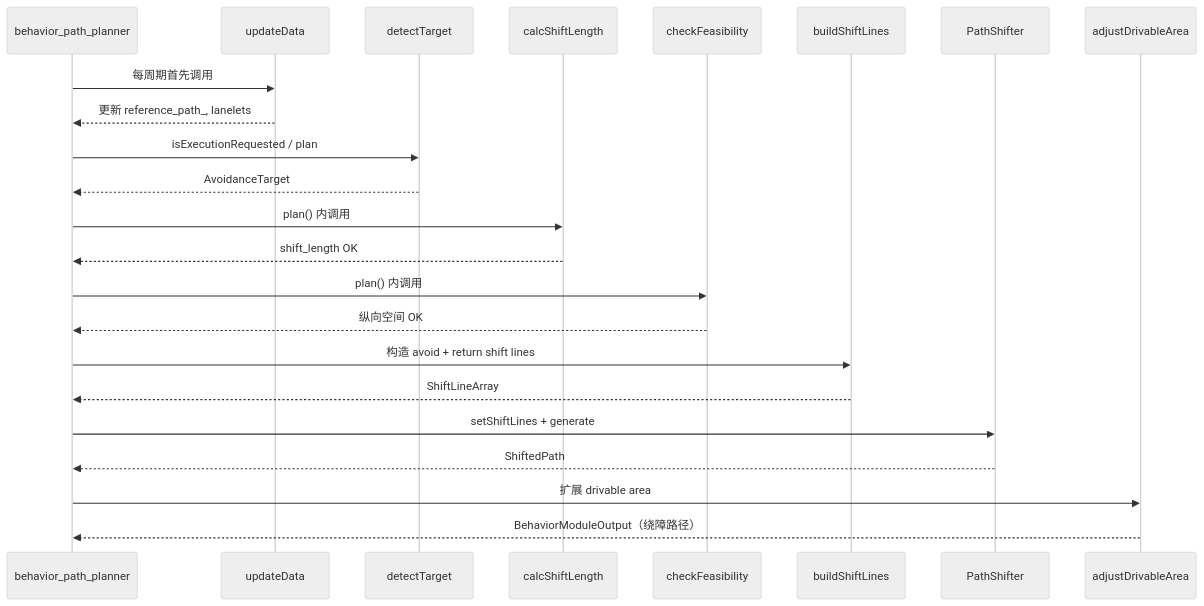
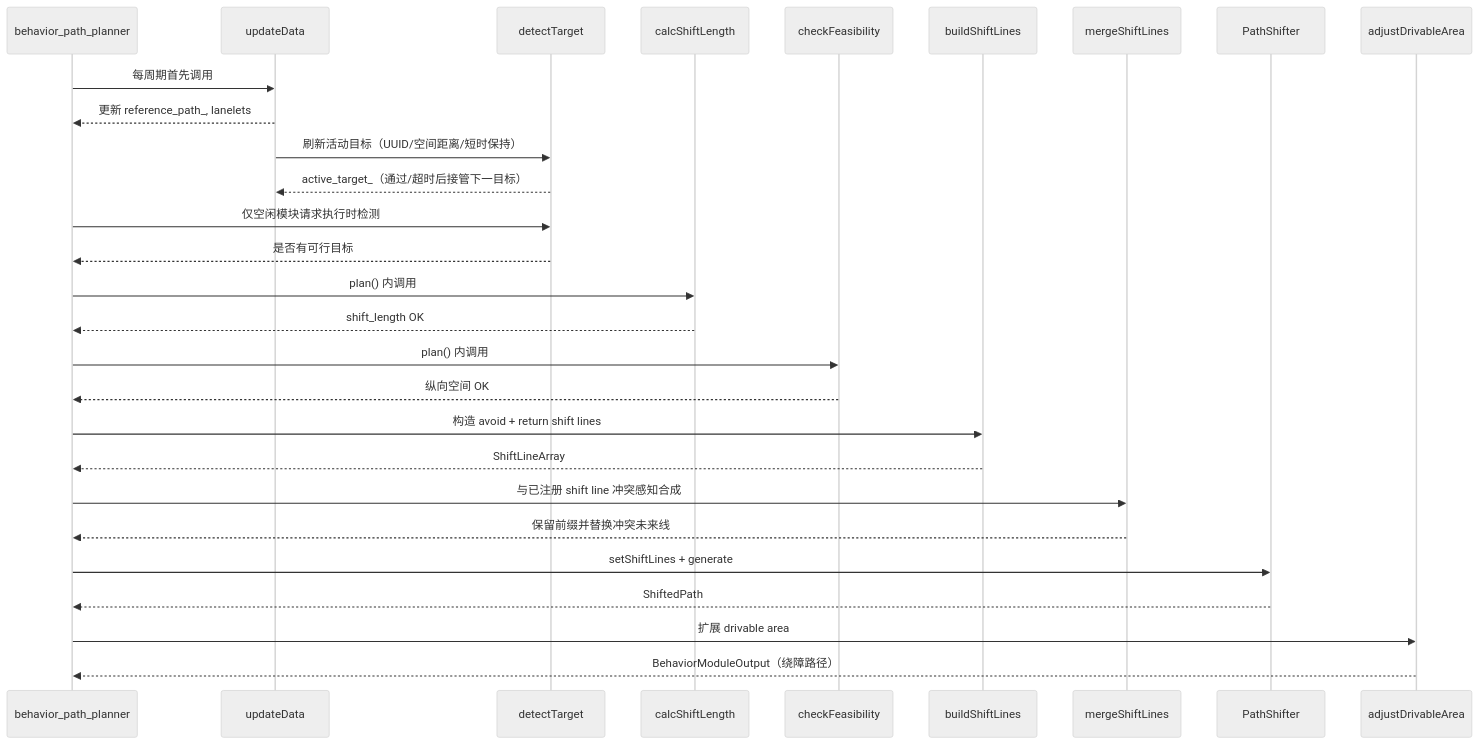
The second of 2 diagrams in src/universe/autoware_universe/planning/behavior_path_planner/autoware_behavior_path_simple_avoidance_module/EXECUTION_FLOW_zh.md (LeslieJay/new_car_autoware), drawn with Mermaid (neutral theme) before and after one commit. The commit also changed other lines of this file and 70 other files, not shown here.

````diff
--- a/src/universe/autoware_universe/planning/behavior_path_planner/autoware_behavior_path_simple_avoidance_module/EXECUTION_FLOW_zh.md
+++ b/src/universe/autoware_universe/planning/behavior_path_planner/autoware_behavior_path_simple_avoidance_module/EXECUTION_FLOW_zh.md
@@ -468,32 +474,37 @@
 ```mermaid
 sequenceDiagram
     participant BP as behavior_path_planner
     participant UD as updateData
     participant DT as detectTarget
     participant CS as calcShiftLength
     participant CF as checkFeasibility
     participant BS as buildShiftLines
+    participant ML as mergeShiftLines
     participant PS as PathShifter
     participant AD as adjustDrivableArea
 
     BP->>UD: 每周期首先调用
     UD-->>BP: 更新 reference_path_, lanelets
 
-    BP->>DT: isExecutionRequested / plan
-    DT-->>BP: AvoidanceTarget
+    UD->>DT: 刷新活动目标（UUID/空间距离/短时保持）
+    DT-->>UD: active_target_（通过/超时后接管下一目标）
+    BP->>DT: 仅空闲模块请求执行时检测
+    DT-->>BP: 是否有可行目标
 
     BP->>CS: plan() 内调用
     CS-->>BP: shift_length OK
 
     BP->>CF: plan() 内调用
     CF-->>BP: 纵向空间 OK
 
     BP->>BS: 构造 avoid + return shift lines
     BS-->>BP: ShiftLineArray
 
+    BP->>ML: 与已注册 shift line 冲突感知合成
+    ML-->>BP: 保留前缀并替换冲突未来线
     BP->>PS: setShiftLines + generate
     PS-->>BP: ShiftedPath
 
     BP->>AD: 扩展 drivable area
     AD-->>BP: BehaviorModuleOutput（绕障路径）
 ```
````
